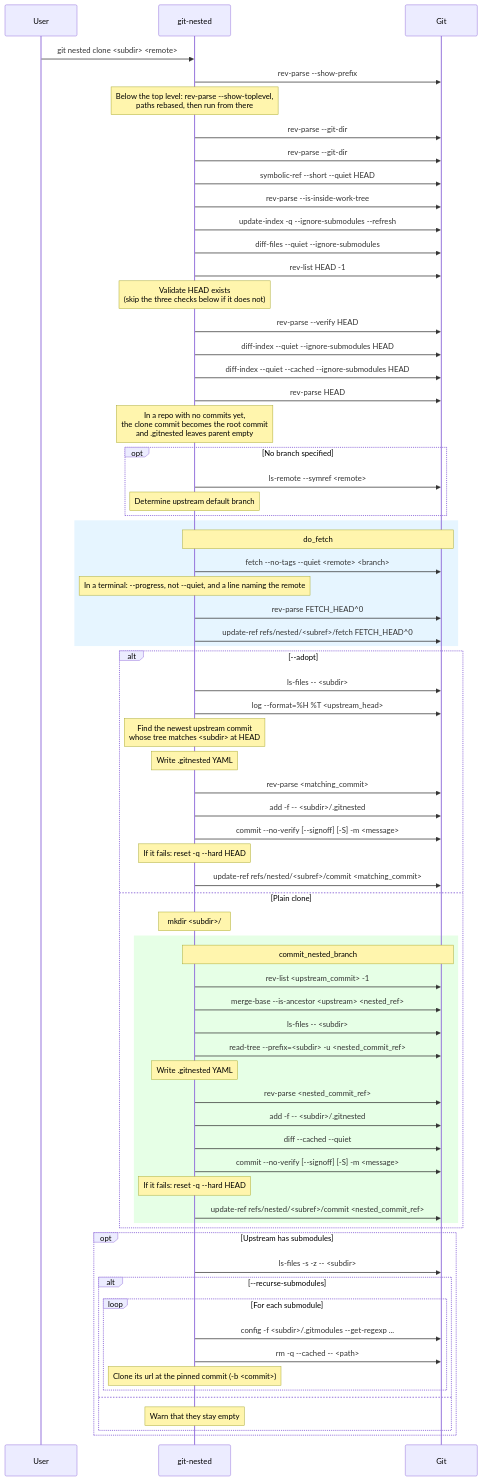
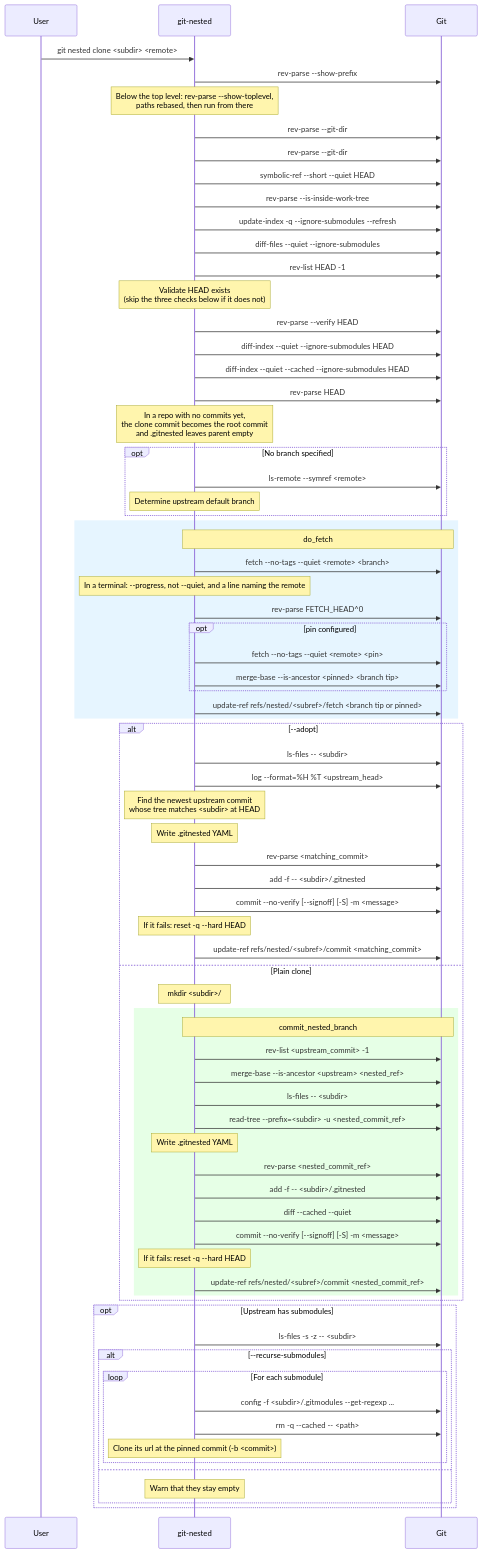
Before and after one commit to thorsten-klein/git-nested: the first of 14 diagrams in docs/diagrams.md, drawn with Mermaid. The commit also changed other lines of this file and 10 other files, not shown here.

First line of the commit message:
feat: pin a nested repository to a commit or tag with `--pin` (#151)

````diff
--- a/docs/diagrams.md
+++ b/docs/diagrams.md
@@ -9,78 +9,82 @@
 ```mermaid
 sequenceDiagram
     participant User
     participant git-nested
     participant Git
 
     User->>git-nested: git nested clone <subdir> <remote>
     git-nested->>Git: rev-parse --show-prefix
     Note over git-nested: Below the top level: rev-parse --show-toplevel,<br/>paths rebased, then run from there
     git-nested->>Git: rev-parse --git-dir
     git-nested->>Git: rev-parse --git-dir
     git-nested->>Git: symbolic-ref --short --quiet HEAD
     git-nested->>Git: rev-parse --is-inside-work-tree
     git-nested->>Git: update-index -q --ignore-submodules --refresh
     git-nested->>Git: diff-files --quiet --ignore-submodules
     git-nested->>Git: rev-list HEAD -1
     Note over git-nested: Validate HEAD exists<br/>(skip the three checks below if it does not)
     git-nested->>Git: rev-parse --verify HEAD
     git-nested->>Git: diff-index --quiet --ignore-submodules HEAD
     git-nested->>Git: diff-index --quiet --cached --ignore-submodules HEAD
     git-nested->>Git: rev-parse HEAD
     Note over git-nested: In a repo with no commits yet,<br/>the clone commit becomes the root commit<br/>and .gitnested leaves parent empty
 
     opt No branch specified
         git-nested->>Git: ls-remote --symref <remote>
         Note over git-nested: Determine upstream default branch
     end
 
     rect rgb(230, 245, 255)
         Note over git-nested,Git: do_fetch
         git-nested->>Git: fetch --no-tags --quiet <remote> <branch>
         Note over git-nested: In a terminal: --progress, not --quiet, and a line naming the remote
         git-nested->>Git: rev-parse FETCH_HEAD^0
-        git-nested->>Git: update-ref refs/nested/<subref>/fetch FETCH_HEAD^0
+        opt pin configured
+            git-nested->>Git: fetch --no-tags --quiet <remote> <pin>
+            git-nested->>Git: merge-base --is-ancestor <pinned> <branch tip>
+        end
+        git-nested->>Git: update-ref refs/nested/<subref>/fetch <branch tip or pinned>
     end
 
     alt --adopt
         git-nested->>Git: ls-files -- <subdir>
         git-nested->>Git: log --format=%H %T <upstream_head>
         Note over git-nested: Find the newest upstream commit<br/>whose tree matches <subdir> at HEAD
         Note over git-nested: Write .gitnested YAML
         git-nested->>Git: rev-parse <matching_commit>
         git-nested->>Git: add -f -- <subdir>/.gitnested
         git-nested->>Git: commit --no-verify [--signoff] [-S] -m <message>
         Note over git-nested: If it fails: reset -q --hard HEAD
         git-nested->>Git: update-ref refs/nested/<subref>/commit <matching_commit>
     else Plain clone
         Note over git-nested: mkdir <subdir>/
 
         rect rgb(230, 255, 230)
             Note over git-nested,Git: commit_nested_branch
             git-nested->>Git: rev-list <upstream_commit> -1
             git-nested->>Git: merge-base --is-ancestor <upstream> <nested_ref>
             git-nested->>Git: ls-files -- <subdir>
             git-nested->>Git: read-tree --prefix=<subdir> -u <nested_commit_ref>
             Note over git-nested: Write .gitnested YAML
             git-nested->>Git: rev-parse <nested_commit_ref>
             git-nested->>Git: add -f -- <subdir>/.gitnested
             git-nested->>Git: diff --cached --quiet
             git-nested->>Git: commit --no-verify [--signoff] [-S] -m <message>
             Note over git-nested: If it fails: reset -q --hard HEAD
             git-nested->>Git: update-ref refs/nested/<subref>/commit <nested_commit_ref>
         end
     end
 
     opt Upstream has submodules
         git-nested->>Git: ls-files -s -z -- <subdir>
         alt --recurse-submodules
             loop For each submodule
                 git-nested->>Git: config -f <subdir>/.gitmodules --get-regexp ...
                 git-nested->>Git: rm -q --cached -- <path>
                 Note over git-nested: Clone its url at the pinned commit (-b <commit>)
             end
         else
             Note over git-nested: Warn that they stay empty
         end
     end
 ```
````
